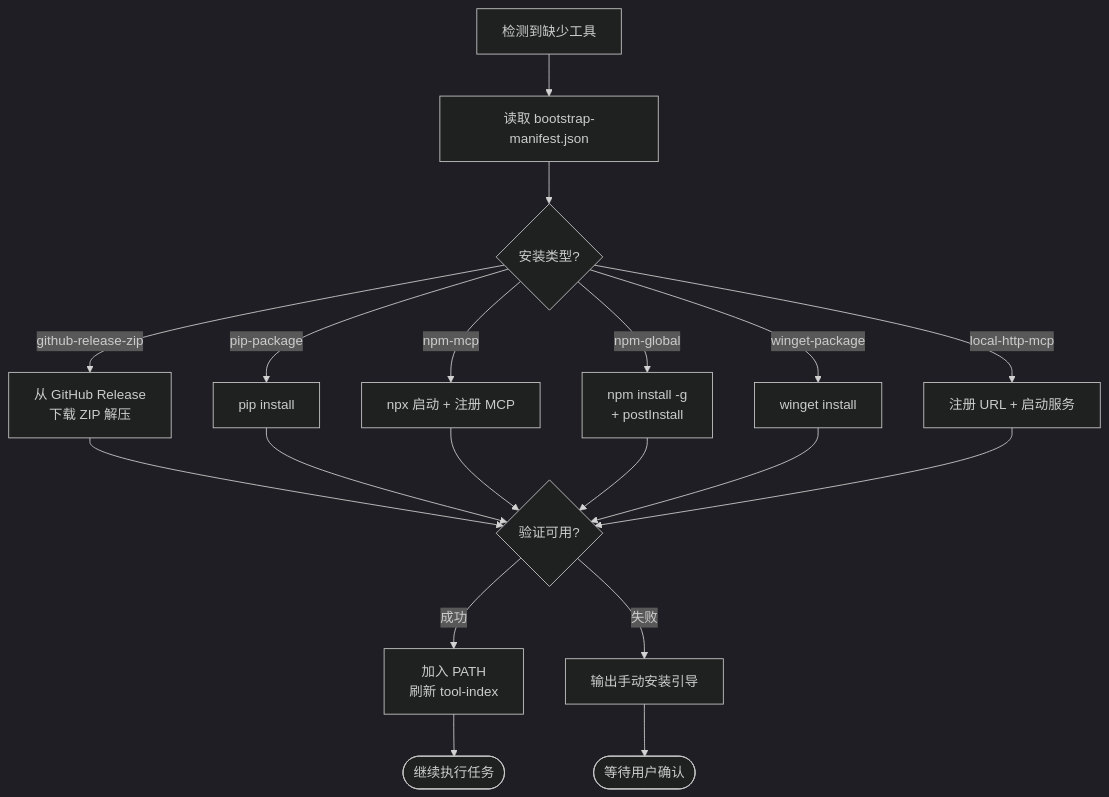
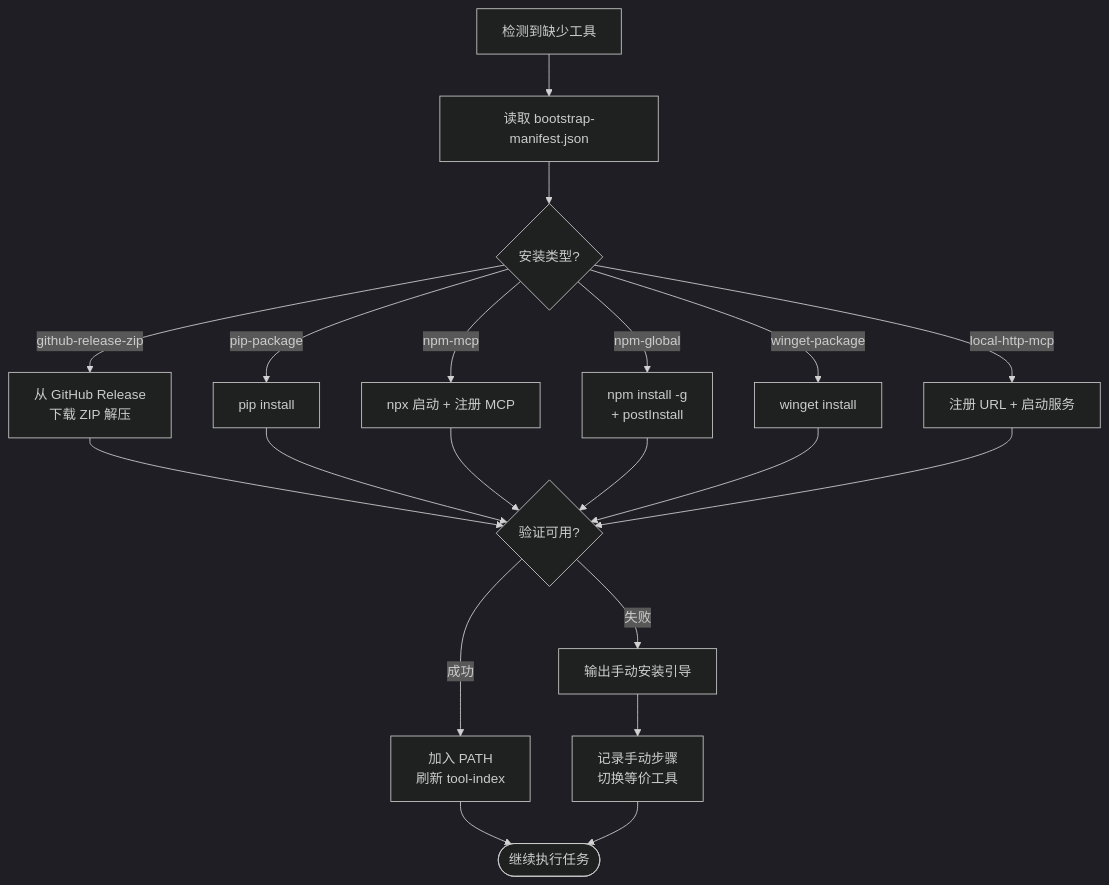
One commit to 0X6C7879/RedTrace changed the third of 7 diagrams in skills/reverse-skill/upstream/docs/ARCHITECTURE.md. Above: the diagram before and after it, drawn with Mermaid (dark theme). The commit also changed 48 other files, not shown here.

Commit message:
feat: update agent runtime, prompting, adapters; add reverse-skill redtrace tools; remove penetration-flow legacy files

````diff
--- a/skills/reverse-skill/upstream/docs/ARCHITECTURE.md
+++ b/skills/reverse-skill/upstream/docs/ARCHITECTURE.md
@@ -109,19 +109,20 @@
 ```mermaid
 flowchart TD
     Need[检测到缺少工具] --> ReadManifest[读取 bootstrap-manifest.json]
     ReadManifest --> Kind{安装类型?}
     
     Kind -->|github-release-zip| GH[从 GitHub Release<br/>下载 ZIP 解压]
     Kind -->|pip-package| Pip[pip install]
     Kind -->|npm-mcp| NPM[npx 启动 + 注册 MCP]
     Kind -->|npm-global| Global[npm install -g<br/>+ postInstall]
     Kind -->|winget-package| Winget[winget install]
     Kind -->|local-http-mcp| HTTP[注册 URL + 启动服务]
     
     GH & Pip & NPM & Global & Winget & HTTP --> Verify{验证可用?}
     Verify -->|成功| AddPath[加入 PATH<br/>刷新 tool-index]
     Verify -->|失败| Manual[输出手动安装引导]
     
     AddPath --> Continue([继续执行任务])
-    Manual --> Wait([等待用户确认])
+    Manual --> Fallback[记录手动步骤<br/>切换等价工具]
+    Fallback --> Continue
 ```
````
